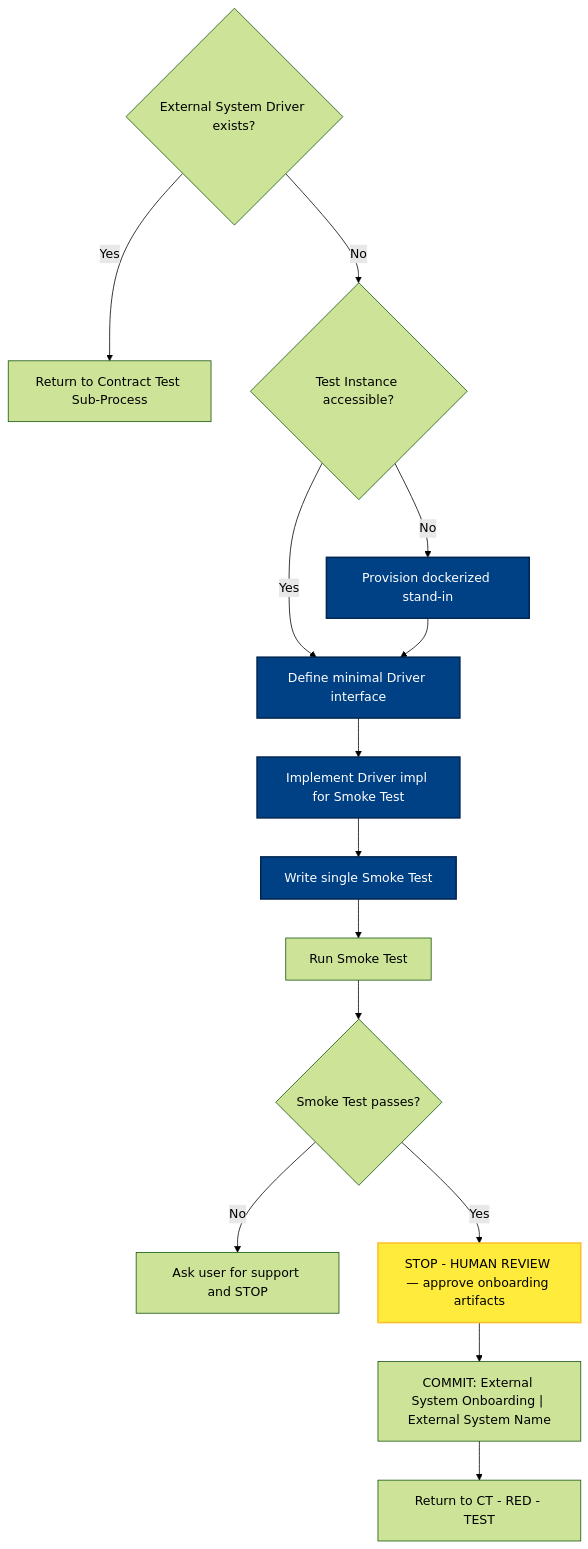
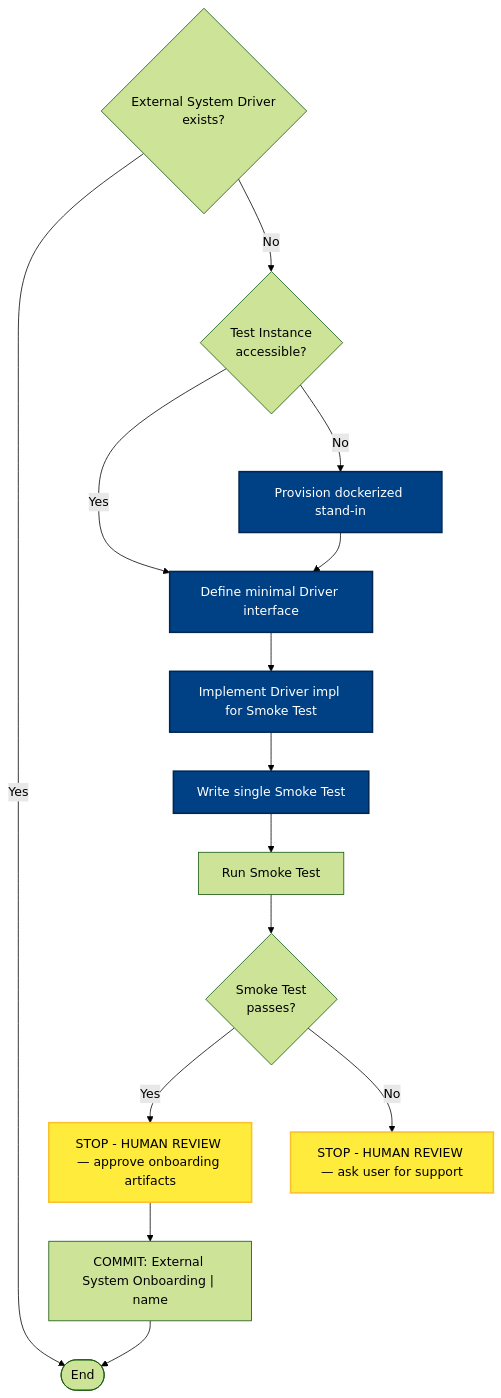
One commit to optivem/starter changed the sixth of 9 diagrams in docs/atdd/process/diagram-process.md. Above: the diagram before and after it, drawn with Mermaid (forest theme). The commit also changed other lines of this file and 2 other files, not shown here.

````diff
--- a/docs/atdd/process/diagram-process.md
+++ b/docs/atdd/process/diagram-process.md
@@ -163,35 +175,34 @@
 ```mermaid
 flowchart TD
-    GATE_DRIVER{External System Driver exists?}
-    RETURN_EARLY[Return to Contract Test Sub-Process]
-    GATE_INSTANCE{Test Instance accessible?}
+    GATE_DRIVER{External System Driver<br/>exists?}
+    ONBOARD_END([End])
+    GATE_INSTANCE{Test Instance<br/>accessible?}
     PROVISION[Provision dockerized stand-in]
     DEFINE_IFACE[Define minimal Driver interface]
     IMPL_DRIVER[Implement Driver impl for Smoke Test]
     WRITE_SMOKE[Write single Smoke Test]
     RUN_SMOKE[Run Smoke Test]
-    SMOKE_PASS{Smoke Test passes?}
-    ASK_STOP[Ask user for support and STOP]
-    STOP_REVIEW["STOP - HUMAN REVIEW — approve onboarding artifacts"]
-    COMMIT_ONBOARD["COMMIT: External System Onboarding | External System Name"]
-    RETURN_CT[Return to CT - RED - TEST]
+    GATE_SMOKE{Smoke Test<br/>passes?}
+    ASK_SUPPORT[STOP - HUMAN REVIEW — ask user for support]
+    STOP_REVIEW[STOP - HUMAN REVIEW — approve onboarding artifacts]
+    COMMIT["COMMIT: External System Onboarding | name"]
 
-    GATE_DRIVER -->|Yes| RETURN_EARLY
-    GATE_DRIVER -->|No| GATE_INSTANCE
-    GATE_INSTANCE -->|Yes| DEFINE_IFACE
-    GATE_INSTANCE -->|No| PROVISION
+    GATE_DRIVER -- Yes --> ONBOARD_END
+    GATE_DRIVER -- No --> GATE_INSTANCE
+    GATE_INSTANCE -- Yes --> DEFINE_IFACE
+    GATE_INSTANCE -- No --> PROVISION
     PROVISION --> DEFINE_IFACE
     DEFINE_IFACE --> IMPL_DRIVER
     IMPL_DRIVER --> WRITE_SMOKE
     WRITE_SMOKE --> RUN_SMOKE
-    RUN_SMOKE --> SMOKE_PASS
-    SMOKE_PASS -->|No| ASK_STOP
-    SMOKE_PASS -->|Yes| STOP_REVIEW
-    STOP_REVIEW --> COMMIT_ONBOARD
-    COMMIT_ONBOARD --> RETURN_CT
+    RUN_SMOKE --> GATE_SMOKE
+    GATE_SMOKE -- Yes --> STOP_REVIEW
+    GATE_SMOKE -- No --> ASK_SUPPORT
+    STOP_REVIEW --> COMMIT
+    COMMIT --> ONBOARD_END
 
     classDef effortNode fill:#004085,stroke:#002752,stroke-width:2px,color:#ffffff
     class PROVISION,DEFINE_IFACE,IMPL_DRIVER,WRITE_SMOKE effortNode
     classDef humanReviewNode fill:#ffeb3b,stroke:#fbc02d,stroke-width:2px,color:#000
-    class STOP_REVIEW humanReviewNode
+    class STOP_REVIEW,ASK_SUPPORT humanReviewNode
 ```
````
